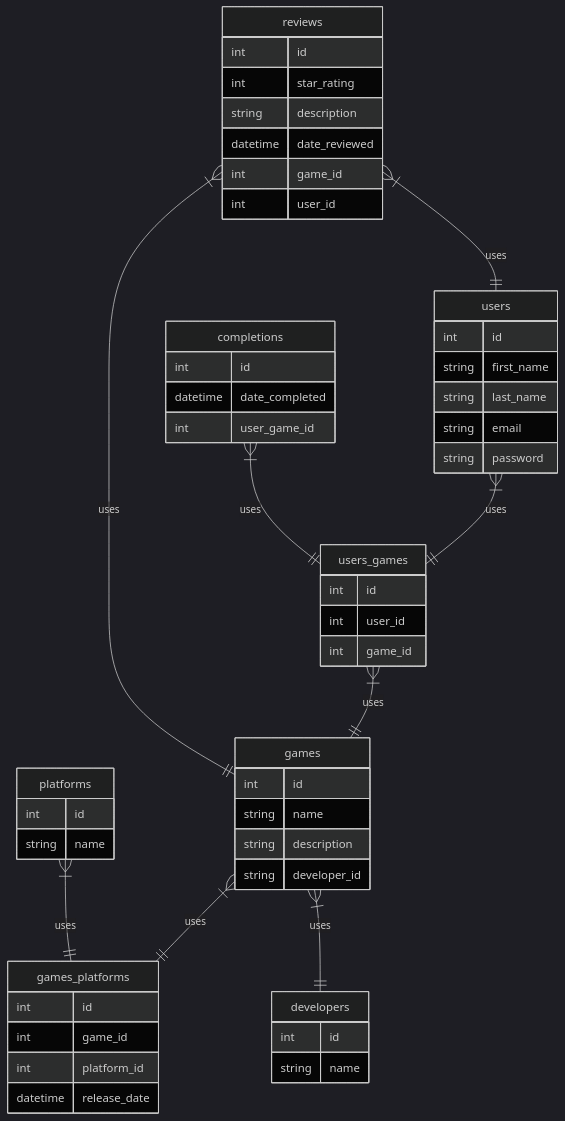
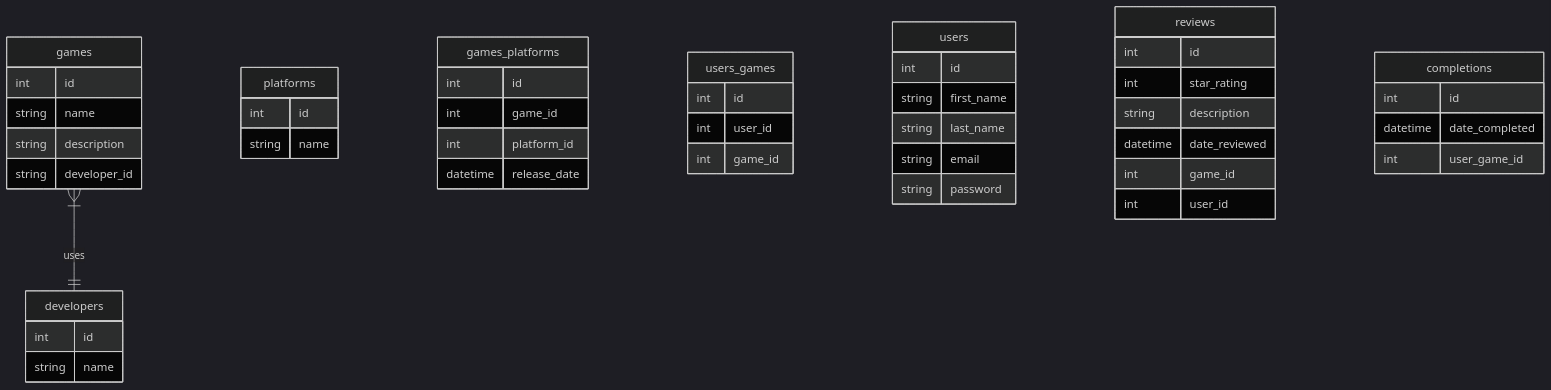
One commit to Haikira/VGLogger changed the second of 2 diagrams in README.md. Above: the diagram before and after it, drawn with Mermaid.

````diff
--- a/README.md
+++ b/README.md
@@ -42,61 +42,54 @@
 ``` mermaid
 %%{init: {'theme': 'dark' } }%%
 
 erDiagram
 
         games {
                 int id
                 string name                
                 string description
                 string developer_id
         }
         platforms {
                 int id
                 string name                
         }
         games_platforms {
                 int id
                 int game_id
                 int platform_id
                 datetime release_date
         }
         users_games {
                 int id
                 int user_id
                 int game_id
         }
         users {
                 int id
                 string first_name
                 string last_name
                 string email
                 string password
         }
         developers {
                 int id
                 string name
         }
         reviews {
                 int id
                 int star_rating
                 string description
                 datetime date_reviewed
                 int game_id
                 int user_id
         }
         completions {
                 int id
                 datetime date_completed
                 int user_game_id
         }
         
-        games }|--|| games_platforms: "uses"
-        platforms }|--|| games_platforms: "uses"
-        users_games }|--|| games: "uses"
-        users }|--|| users_games: "uses"
         games }|--|| developers: "uses"
-        reviews }|--|| games: "uses"
-        reviews }|--|| users: "uses"
-        completions }|--|| users_games: "uses"
 
 ```
````
